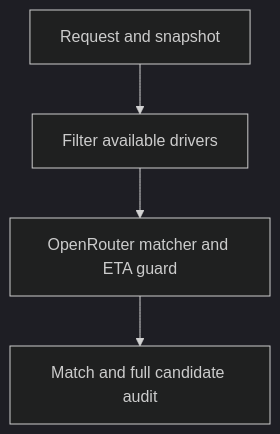
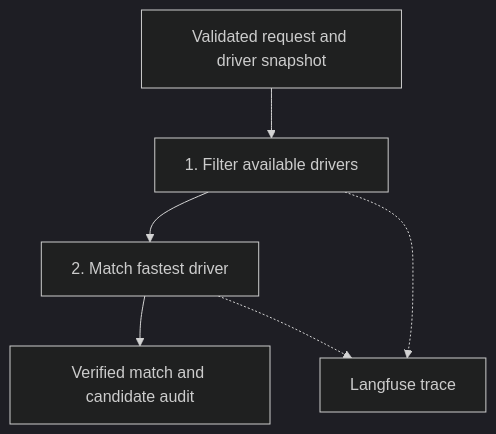
Before and after one commit to bhavesh-210/ai-agent-ride-matcher: the diagram in README.md, drawn with Mermaid (dark theme). The commit also changed other lines of this file and 24 other files, not shown here.

````diff
--- a/README.md
+++ b/README.md
@@ -135,6 +46,8 @@
 ```mermaid
 flowchart TD
-    S["Request and snapshot"] --> F["Filter available drivers"]
-    F --> M["OpenRouter matcher and ETA guard"]
-    M --> R["Match and full candidate audit"]
+    A[Validated request and driver snapshot] --> B[1. Filter available drivers]
+    B --> C[2. Match fastest driver]
+    C --> D[Verified match and candidate audit]
+    B -.-> E[Langfuse trace]
+    C -.-> E
 ```
````
